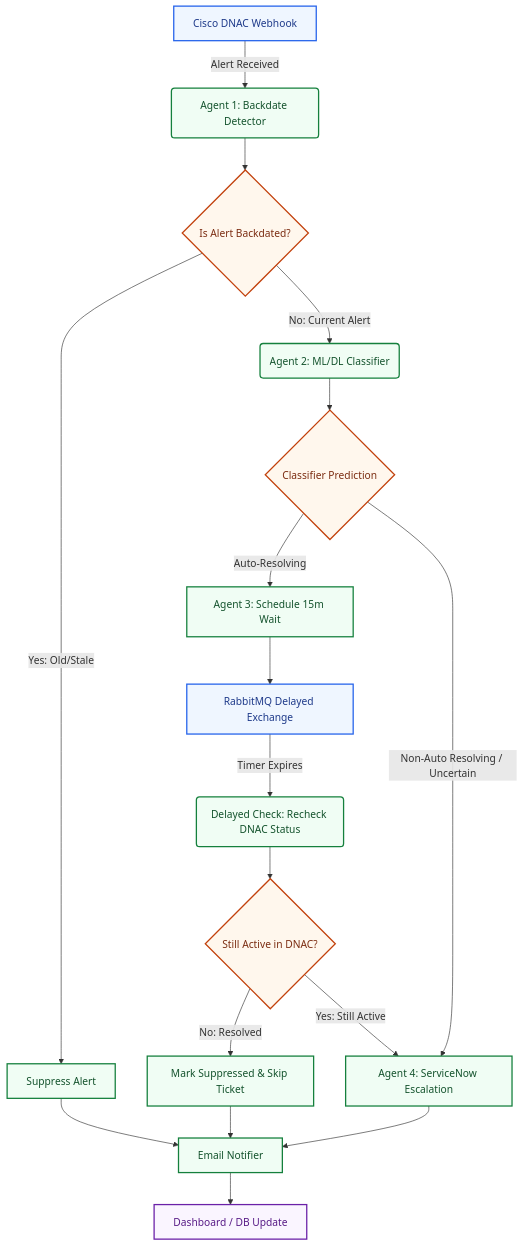
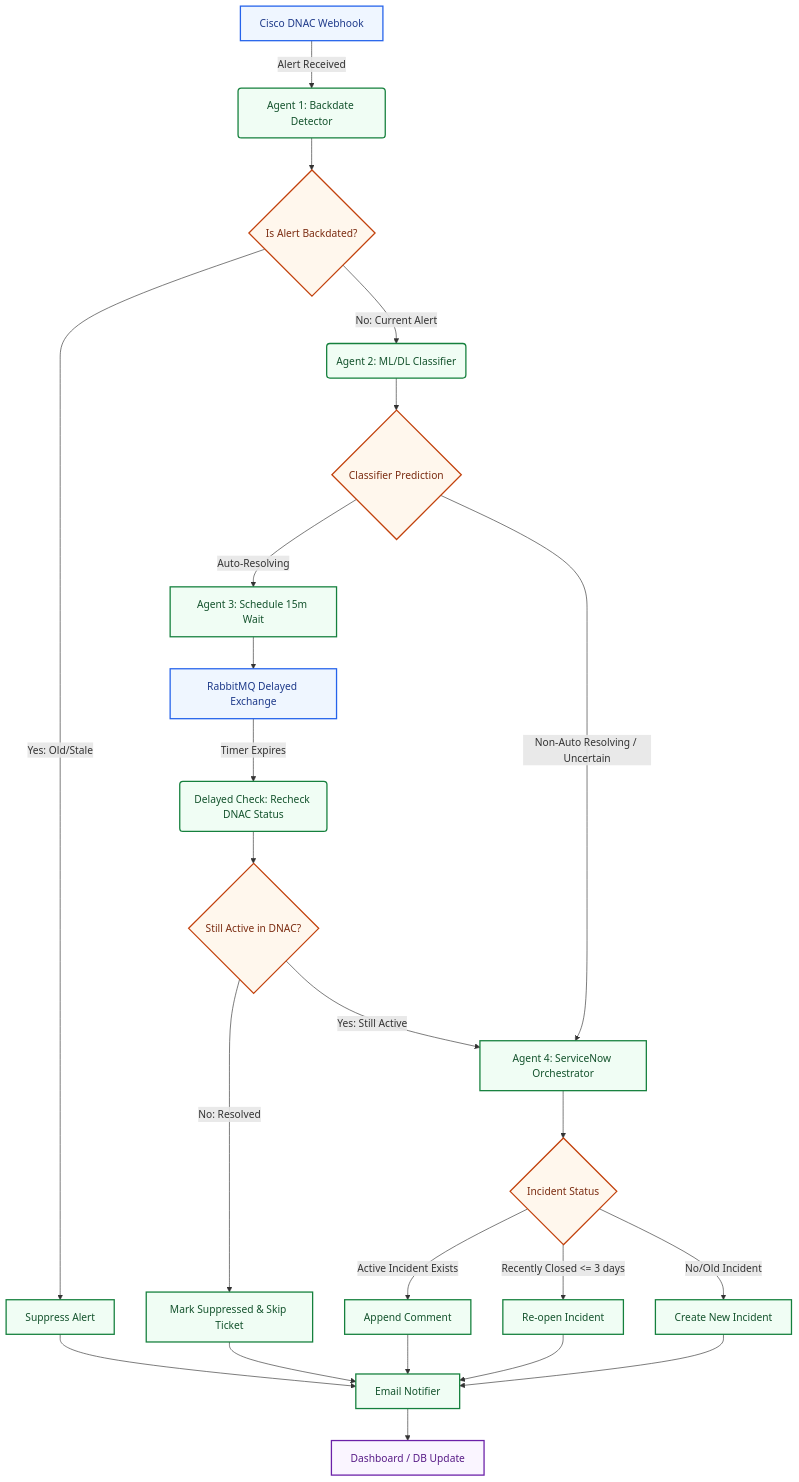
Before and after one commit to arghyasinha19/false-alert-suppression: the diagram in control_flow_diagram.md, drawn with Mermaid.

Commit message:
Updated document

````diff
--- a/control_flow_diagram.md
+++ b/control_flow_diagram.md
@@ -5,47 +5,60 @@
 ```mermaid
 graph TD
     %% Styling
     classDef Ingress fill:#eff6ff,stroke:#2563eb,stroke-width:2px,color:#1e3a8a;
     classDef Decision fill:#fff7ed,stroke:#c2410c,stroke-width:2px,color:#7c2d12;
     classDef Process fill:#f0fdf4,stroke:#15803d,stroke-width:2px,color:#14532d;
     classDef Done fill:#faf5ff,stroke:#6b21a8,stroke-width:2px,color:#581c87;
 
     A[Cisco DNAC Webhook] -->|Alert Received| B(Agent 1: Backdate Detector)
     class A Ingress;
     class B Process;
 
     B --> C{Is Alert Backdated?}
     class C Decision;
 
     C -->|Yes: Old/Stale| D[Suppress Alert]
     class D Process;
     D --> E[Email Notifier]
     class E Process;
     E --> F[Dashboard / DB Update]
     class F Done;
 
     C -->|No: Current Alert| G(Agent 2: ML/DL Classifier)
     class G Process;
 
     G --> H{Classifier Prediction}
     class H Decision;
 
     H -->|Auto-Resolving| I[Agent 3: Schedule 15m Wait]
     class I Process;
     I --> J[RabbitMQ Delayed Exchange]
     class J Ingress;
     J -->|Timer Expires| K(Delayed Check: Recheck DNAC Status)
     class K Process;
     
     K --> L{Still Active in DNAC?}
     class L Decision;
     L -->|No: Resolved| M[Mark Suppressed & Skip Ticket]
     class M Process;
     M --> E;
     
-    L -->|Yes: Still Active| N[Agent 4: ServiceNow Escalation]
+    L -->|Yes: Still Active| N[Agent 4: ServiceNow Orchestrator]
     class N Process;
-    N --> E;
 
     H -->|Non-Auto Resolving / Uncertain| N;
+
+    N --> O{Incident Status}
+    class O Decision;
+
+    O -->|Active Incident Exists| P[Append Comment]
+    class P Process;
+    O -->|Recently Closed <= 3 days| Q[Re-open Incident]
+    class Q Process;
+    O -->|No/Old Incident| R[Create New Incident]
+    class R Process;
+
+    P --> E
+    Q --> E
+    R --> E
 ```
````
